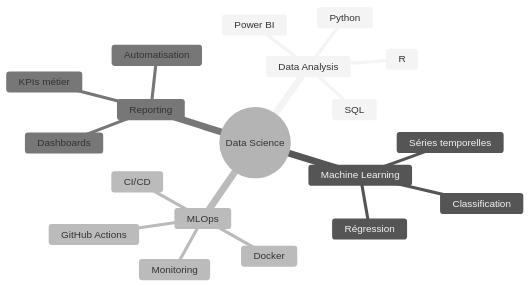
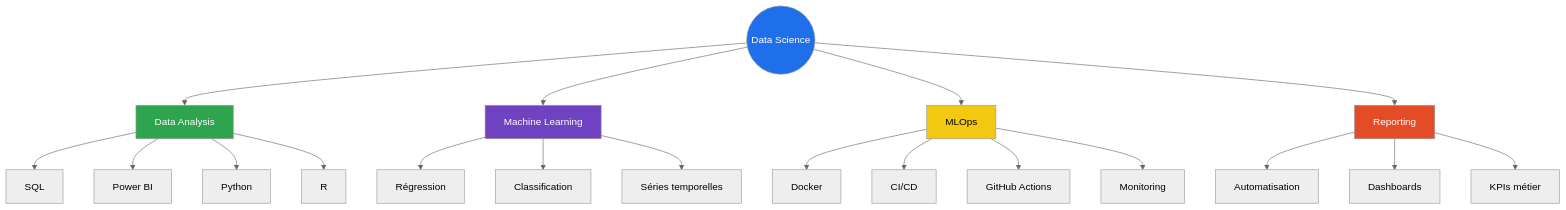
Before and after one commit to bileisaac/bileisaac: the third of 4 diagrams in README.md, drawn with Mermaid (neutral theme). The commit also changed other lines of this file, not shown here.

````diff
--- a/README.md
+++ b/README.md
@@ -112,22 +126,31 @@
 ```mermaid
-mindmap
-  root((Data Science))
-    Data Analysis
-      SQL
-      Power BI
-      Python
-      R
-    Machine Learning
-      Régression
-      Classification
-      Séries temporelles
-    MLOps
-      Docker
-      CI/CD
-      GitHub Actions
-      Monitoring
-    Reporting
-      Automatisation
-      Dashboards
-      KPIs métier
+flowchart TD
+    ROOT((Data Science))
+    ROOT --> A[Data Analysis]
+    A --> A1[SQL]
+    A --> A2[Power BI]
+    A --> A3[Python]
+    A --> A4[R]
+
+    ROOT --> B[Machine Learning]
+    B --> B1[Régression]
+    B --> B2[Classification]
+    B --> B3[Séries temporelles]
+
+    ROOT --> C[MLOps]
+    C --> C1[Docker]
+    C --> C2[CI/CD]
+    C --> C3[GitHub Actions]
+    C --> C4[Monitoring]
+
+    ROOT --> D[Reporting]
+    D --> D1[Automatisation]
+    D --> D2[Dashboards]
+    D --> D3[KPIs métier]
+
+    style ROOT fill:#1f6feb,color:#fff
+    style A fill:#2ea44f,color:#fff
+    style B fill:#6f42c1,color:#fff
+    style C fill:#f2c811,color:#000
+    style D fill:#e34c26,color:#fff
 ```
````
